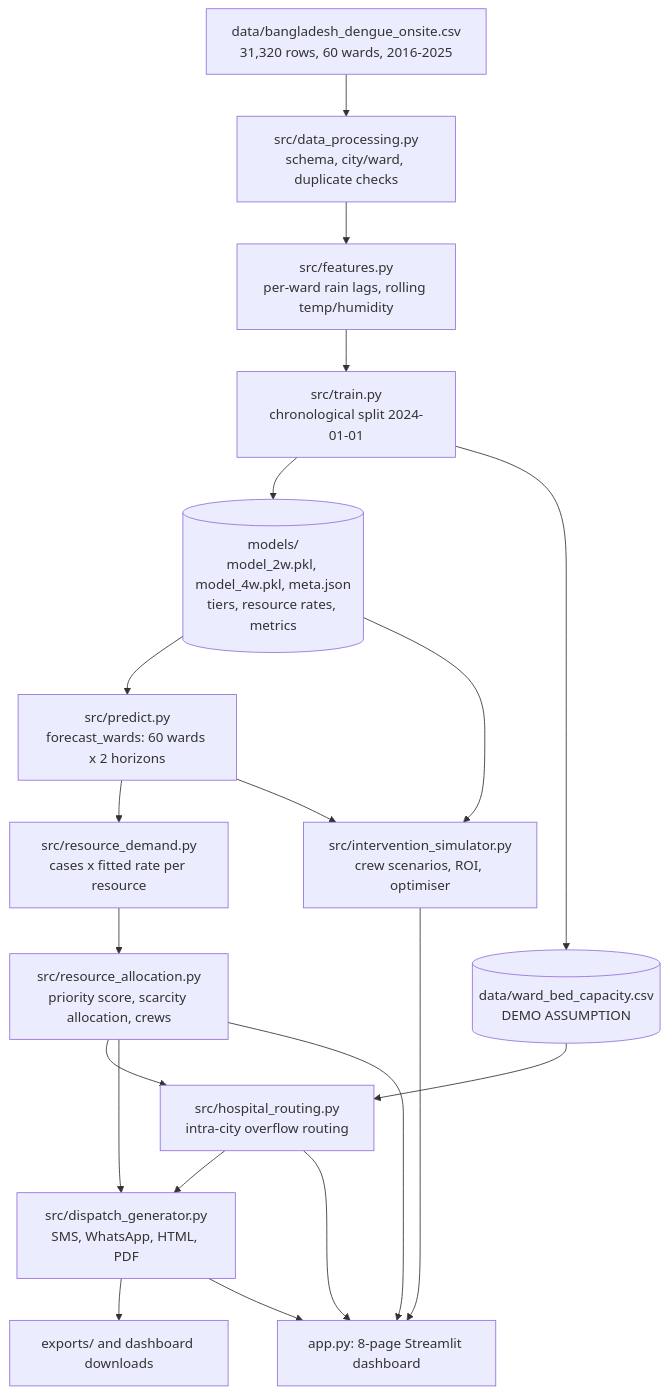
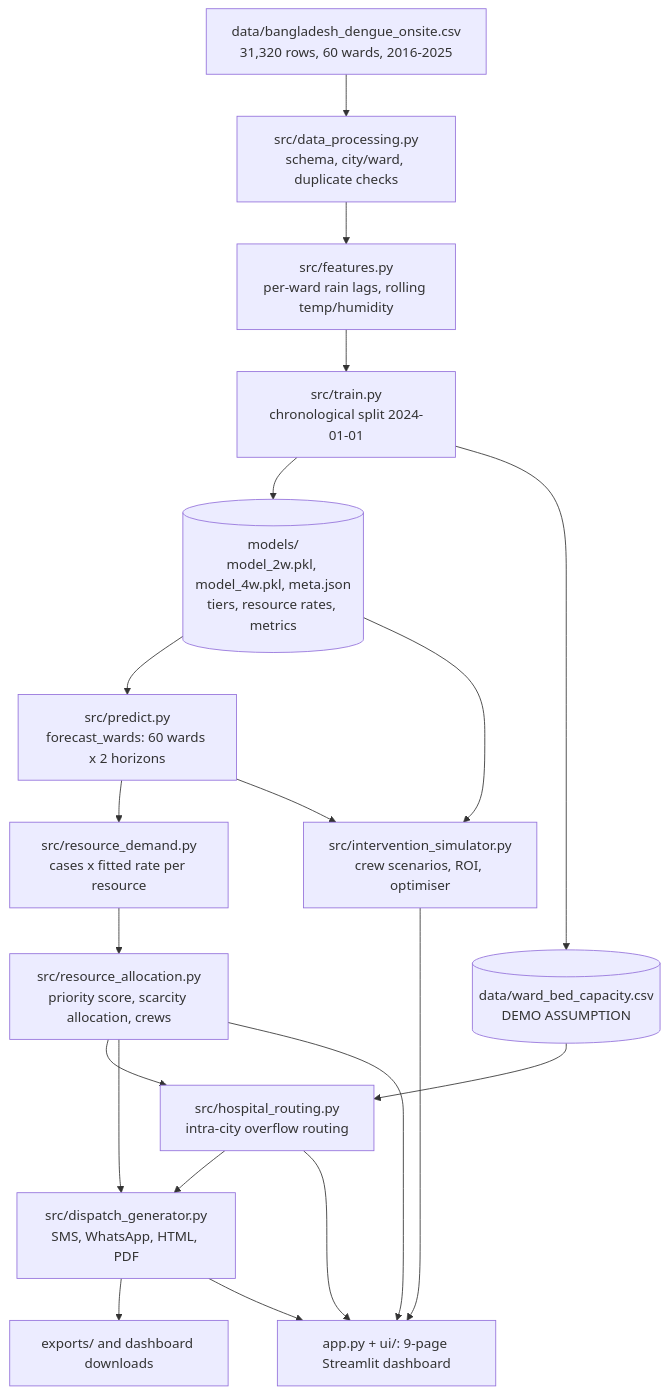
The diagram in ARCHITECTURE.md (DRAGNEEL-LEO/Dengue-early-warning), drawn with Mermaid before and after one commit. The commit also changed other lines of this file and 1 other file, not shown here.

First line of the commit message:
[version-onsite-final] Fix stale page names and module reference in docs

````diff
--- a/ARCHITECTURE.md
+++ b/ARCHITECTURE.md
@@ -8,22 +8,22 @@
 ```mermaid
 flowchart TD
     A[data/bangladesh_dengue_onsite.csv<br/>31,320 rows, 60 wards, 2016-2025] --> V[src/data_processing.py<br/>schema, city/ward, duplicate checks]
     V --> B[src/features.py<br/>per-ward rain lags, rolling temp/humidity]
     B --> C[src/train.py<br/>chronological split 2024-01-01]
     C --> D[(models/<br/>model_2w.pkl, model_4w.pkl, meta.json<br/>tiers, resource rates, metrics)]
     C --> K[(data/ward_bed_capacity.csv<br/>DEMO ASSUMPTION)]
     D --> P[src/predict.py<br/>forecast_wards: 60 wards x 2 horizons]
     P --> RD[src/resource_demand.py<br/>cases x fitted rate per resource]
     RD --> RA[src/resource_allocation.py<br/>priority score, scarcity allocation, crews]
     RA --> HR[src/hospital_routing.py<br/>intra-city overflow routing]
     K --> HR
     P --> SIM[src/intervention_simulator.py<br/>crew scenarios, ROI, optimiser]
     D --> SIM
     RA --> DG[src/dispatch_generator.py<br/>SMS, WhatsApp, HTML, PDF]
     HR --> DG
     DG --> X[exports/ and dashboard downloads]
-    RA --> UI[app.py: 8-page Streamlit dashboard]
+    RA --> UI[app.py + ui/: 9-page Streamlit dashboard]
     HR --> UI
     SIM --> UI
     DG --> UI
 ```
````
